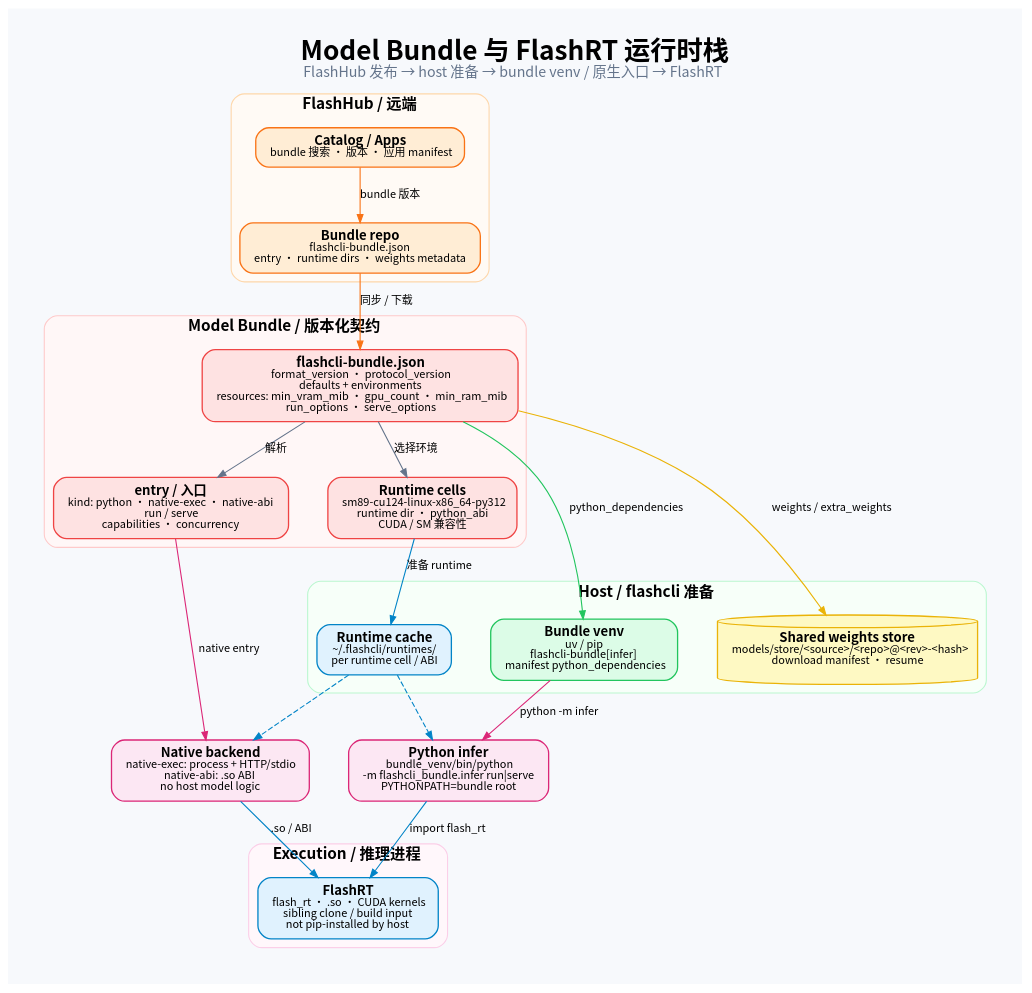
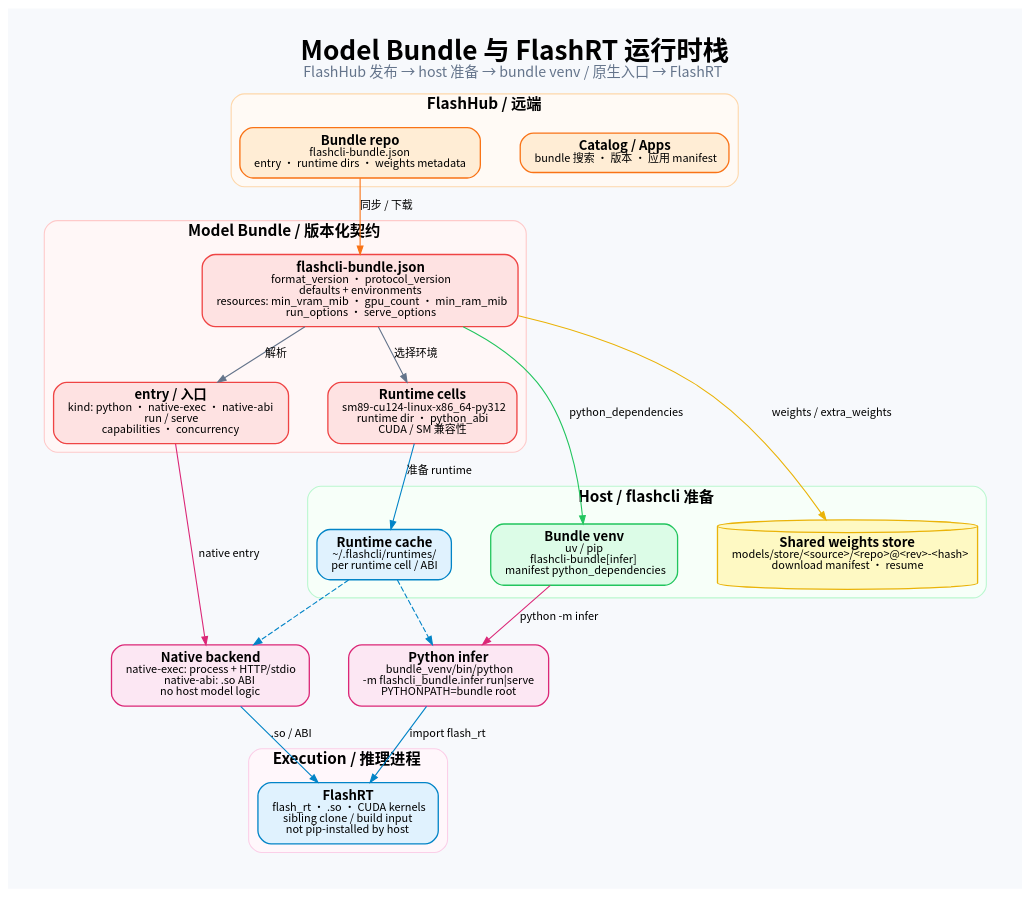
One commit to aodianyun/flashcli changed the diagram in docs/images/bundle-runtime-stack.zh-CN.dot. Above: the diagram before and after it, drawn with Graphviz. The commit also changed 35 other files, not shown here.

First line of the commit message:
docs(architecture): refine diagram layout and fix stale relationships

```diff
--- a/docs/images/bundle-runtime-stack.zh-CN.dot
+++ b/docs/images/bundle-runtime-stack.zh-CN.dot
@@ -1,50 +1,49 @@
 digraph BundleRuntimeStack {
   graph [rankdir=TB, bgcolor="#f7f9fc", pad=0.35, nodesep=0.5, ranksep=0.55,
          fontname="Noto Sans CJK SC", fontsize=24, labelloc="t",
          label=<<B>Model Bundle 与 FlashRT 运行时栈</B><BR/><FONT POINT-SIZE="13" COLOR="#64748b">FlashHub 发布 → host 准备 → bundle venv / 原生入口 → FlashRT</FONT>>];
   node [shape=box, style="rounded,filled", fontname="Noto Sans CJK SC",
         fontsize=12, margin="0.18,0.10", penwidth=1.2, color="#94a3b8"];
   edge [fontname="Noto Sans CJK SC", fontsize=10, color="#64748b", arrowsize=0.75];
 
   subgraph cluster_hub {
     label=<<B>FlashHub / 远端</B>>; fontsize=14; color="#fed7aa"; style="rounded,filled"; fillcolor="#fffaf5";
     catalog [fillcolor="#ffedd5", color="#f97316", label=<<B>Catalog / Apps</B><BR/><FONT POINT-SIZE="10">bundle 搜索 · 版本 · 应用 manifest</FONT>>];
     repo [fillcolor="#ffedd5", color="#f97316", label=<<B>Bundle repo</B><BR/><FONT POINT-SIZE="10">flashcli-bundle.json<BR/>entry · runtime dirs · weights metadata</FONT>>];
   }
 
   subgraph cluster_bundle {
     label=<<B>Model Bundle / 版本化契约</B>>; fontsize=14; color="#fecaca"; style="rounded,filled"; fillcolor="#fff7f7";
     manifest [fillcolor="#fee2e2", color="#ef4444", label=<<B>flashcli-bundle.json</B><BR/><FONT POINT-SIZE="10">format_version · protocol_version<BR/>defaults + environments<BR/>resources: min_vram_mib · gpu_count · min_ram_mib<BR/>run_options · serve_options</FONT>>];
     entry [fillcolor="#fee2e2", color="#ef4444", label=<<B>entry / 入口</B><BR/><FONT POINT-SIZE="10">kind: python · native-exec · native-abi<BR/>run / serve<BR/>capabilities · concurrency</FONT>>];
     cells [fillcolor="#fee2e2", color="#ef4444", label=<<B>Runtime cells</B><BR/><FONT POINT-SIZE="10">sm89-cu124-linux-x86_64-py312<BR/>runtime dir · python_abi<BR/>CUDA / SM 兼容性</FONT>>];
   }
 
   subgraph cluster_host {
     label=<<B>Host / flashcli 准备</B>>; fontsize=14; color="#bbf7d0"; style="rounded,filled"; fillcolor="#f7fff9";
     venv [fillcolor="#dcfce7", color="#22c55e", label=<<B>Bundle venv</B><BR/><FONT POINT-SIZE="10">uv / pip<BR/>flashcli-bundle[infer]<BR/>manifest python_dependencies</FONT>>];
     weights [shape=cylinder, fillcolor="#fef9c3", color="#eab308", label=<<B>Shared weights store</B><BR/><FONT POINT-SIZE="10">models/store/&lt;source&gt;/&lt;repo&gt;@&lt;rev&gt;-&lt;hash&gt;<BR/>download manifest · resume</FONT>>];
     runtime [fillcolor="#e0f2fe", color="#0284c7", label=<<B>Runtime cache</B><BR/><FONT POINT-SIZE="10">~/.flashcli/runtimes/<BR/>per runtime cell / ABI</FONT>>];
   }
 
   subgraph cluster_exec {
     label=<<B>Execution / 推理进程</B>>; fontsize=14; color="#fbcfe8"; style="rounded,filled"; fillcolor="#fff7fb";
     py [fillcolor="#fce7f3", color="#db2777", label=<<B>Python infer</B><BR/><FONT POINT-SIZE="10">bundle_venv/bin/python<BR/>-m flashcli_bundle.infer run|serve<BR/>PYTHONPATH=bundle root</FONT>>];
     native [fillcolor="#fce7f3", color="#db2777", label=<<B>Native backend</B><BR/><FONT POINT-SIZE="10">native-exec: process + HTTP/stdio<BR/>native-abi: .so ABI<BR/>no host model logic</FONT>>];
     flashrt [fillcolor="#e0f2fe", color="#0284c7", label=<<B>FlashRT</B><BR/><FONT POINT-SIZE="10">flash_rt · .so · CUDA kernels<BR/>sibling clone / build input<BR/>not pip-installed by host</FONT>>];
   }
 
-  catalog -> repo [label="bundle 版本", color="#f97316"];
   repo -> manifest [label="同步 / 下载", color="#f97316"];
   manifest -> entry [label="解析"];
   manifest -> cells [label="选择环境"];
   manifest -> venv [label="python_dependencies", color="#22c55e"];
   manifest -> weights [label="weights / extra_weights", color="#eab308"];
   cells -> runtime [label="准备 runtime", color="#0284c7"];
   venv -> py [label="python -m infer", color="#db2777"];
   entry -> native [label="native entry", color="#db2777"];
   py -> flashrt [label="import flash_rt", color="#0284c7"];
   native -> flashrt [label=".so / ABI", color="#0284c7"];
   runtime -> py [style=dashed, color="#0284c7"];
   runtime -> native [style=dashed, color="#0284c7"];
   { rank=same; py; native; }
 }
```
